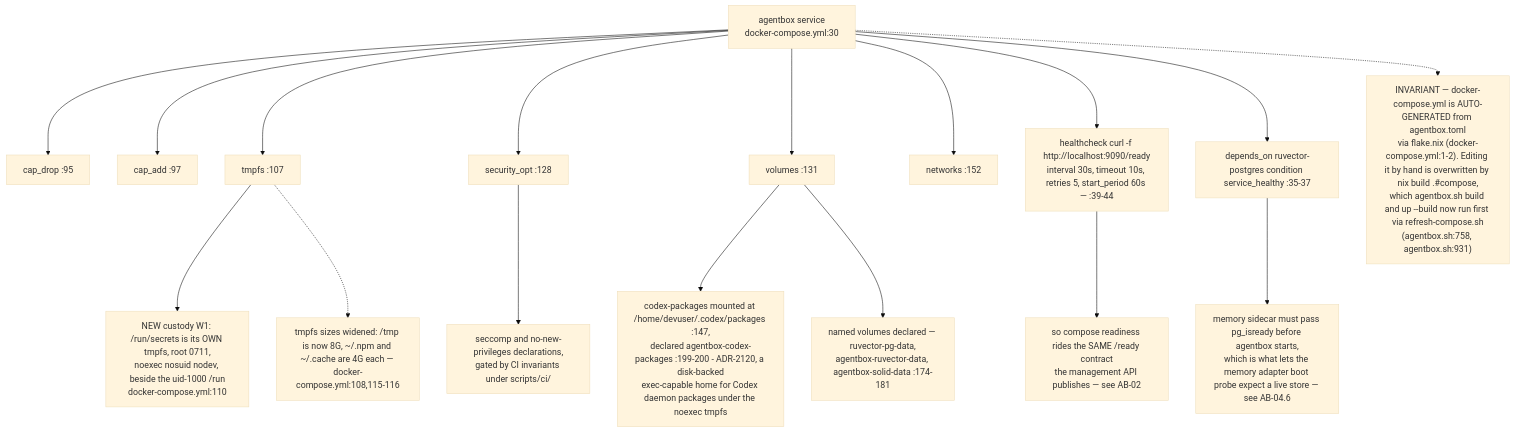
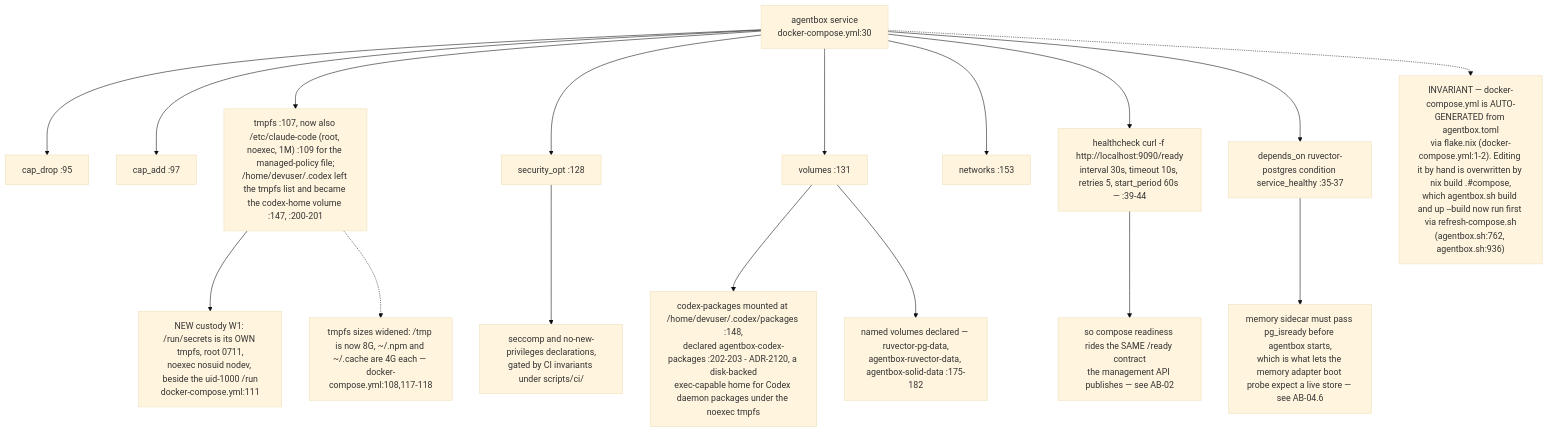
One commit to DreamLab-AI/VisionFlow changed the eighth of 14 diagrams in docs/diagrams/agentbox/06-sidecars-and-compose-overlays.md. Above: the diagram before and after it, drawn with Mermaid (base theme). The commit also changed other lines of this file and 160 other files, not shown here.

````diff
--- a/docs/diagrams/agentbox/06-sidecars-and-compose-overlays.md
+++ b/docs/diagrams/agentbox/06-sidecars-and-compose-overlays.md
@@ -244,19 +253,19 @@
 ```mermaid
 flowchart TD
     AB["agentbox service<br/>docker-compose.yml:30"] --> CD["cap_drop :95"]
     AB --> CA2["cap_add :97"]
-    AB --> TM["tmpfs :107"]
-    TM --> SEC["NEW custody W1: /run/secrets is its OWN tmpfs, root 0711,<br/>noexec nosuid nodev, beside the uid-1000 /run<br/>docker-compose.yml:110"]
+    AB --> TM["tmpfs :107, now also /etc/claude-code (root, noexec, 1M) :109 for the managed-policy file;<br/>/home/devuser/.codex left the tmpfs list and became the codex-home volume :147, :200-201"]
+    TM --> SEC["NEW custody W1: /run/secrets is its OWN tmpfs, root 0711,<br/>noexec nosuid nodev, beside the uid-1000 /run<br/>docker-compose.yml:111"]
     AB --> SO["security_opt :128"]
     AB --> VOL["volumes :131"]
-    AB --> NET["networks :152"]
+    AB --> NET["networks :153"]
     SO --> SCC["seccomp and no-new-privileges declarations,<br/>gated by CI invariants under scripts/ci/"]
-    VOL --> CXP["codex-packages mounted at /home/devuser/.codex/packages :147,<br/>declared agentbox-codex-packages :199-200 - ADR-2120, a disk-backed<br/>exec-capable home for Codex daemon packages under the noexec tmpfs"]
-    VOL --> NV["named volumes declared — ruvector-pg-data,<br/>agentbox-ruvector-data, agentbox-solid-data :174-181"]
+    VOL --> CXP["codex-packages mounted at /home/devuser/.codex/packages :148,<br/>declared agentbox-codex-packages :202-203 - ADR-2120, a disk-backed<br/>exec-capable home for Codex daemon packages under the noexec tmpfs"]
+    VOL --> NV["named volumes declared — ruvector-pg-data,<br/>agentbox-ruvector-data, agentbox-solid-data :175-182"]
     AB --> HC["healthcheck curl -f http://localhost:9090/ready<br/>interval 30s, timeout 10s, retries 5, start_period 60s — :39-44"]
     HC --> RDY["so compose readiness rides the SAME /ready contract<br/>the management API publishes — see AB-02"]
     AB --> DEP["depends_on ruvector-postgres condition service_healthy :35-37"]
     DEP --> ORD["memory sidecar must pass pg_isready before agentbox starts,<br/>which is what lets the memory adapter boot probe expect a live store — see AB-04.6"]
-    AB -.-> GEN["INVARIANT — docker-compose.yml is AUTO-GENERATED from agentbox.toml<br/>via flake.nix (docker-compose.yml:1-2). Editing it by hand is overwritten by nix build .#compose,<br/>which agentbox.sh build and up --build now run first via refresh-compose.sh<br/>(agentbox.sh:758, agentbox.sh:931)"]
-    TM -.-> TMS["tmpfs sizes widened: /tmp is now 8G, ~/.npm and ~/.cache are 4G each — docker-compose.yml:108,115-116"]
+    AB -.-> GEN["INVARIANT — docker-compose.yml is AUTO-GENERATED from agentbox.toml<br/>via flake.nix (docker-compose.yml:1-2). Editing it by hand is overwritten by nix build .#compose,<br/>which agentbox.sh build and up --build now run first via refresh-compose.sh<br/>(agentbox.sh:762, agentbox.sh:936)"]
+    TM -.-> TMS["tmpfs sizes widened: /tmp is now 8G, ~/.npm and ~/.cache are 4G each — docker-compose.yml:108,117-118"]
 ```
````
